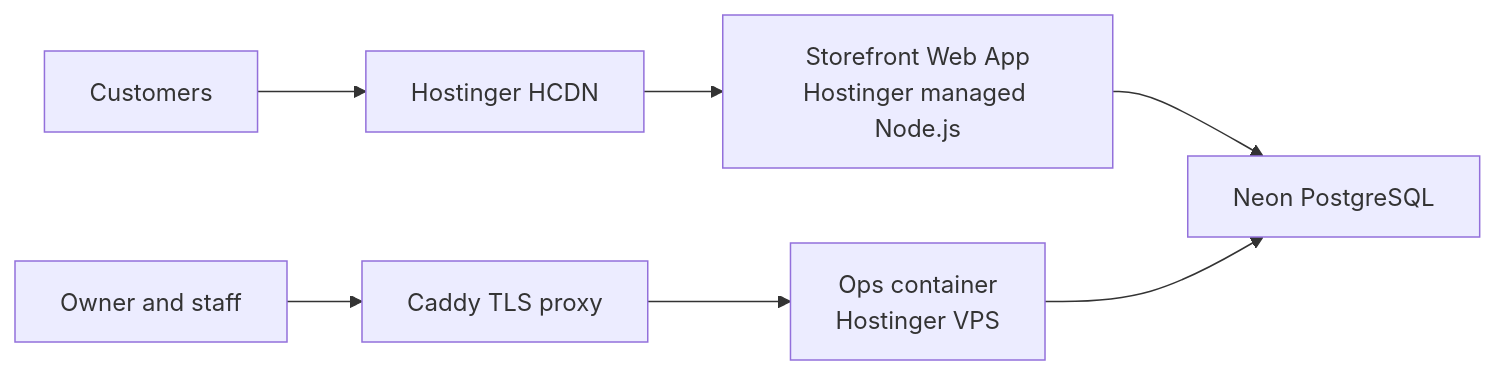
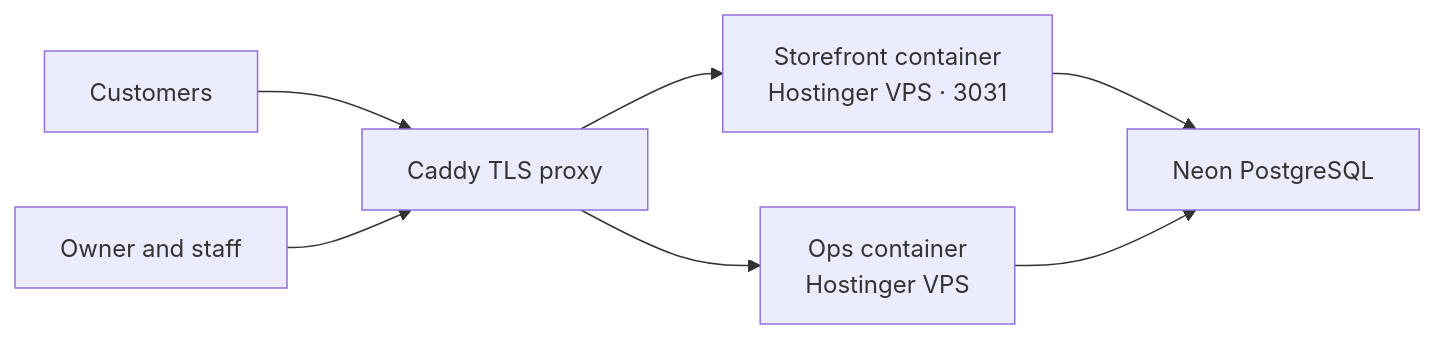
Before and after one commit to MohsinMMK/perfume-aura: the diagram in README.md, drawn with Mermaid. The commit also changed other lines of this file and 4 other files, not shown here.

Commit message:
docs: describe live VPS storefront and remaining hosting cleanup (#125)

````diff
--- a/README.md
+++ b/README.md
@@ -16,9 +16,9 @@
 ```mermaid
 flowchart LR
-  customer["Customers"] --> hcdn["Hostinger HCDN"]
-  hcdn --> storefront["Storefront Web App<br/>Hostinger managed Node.js"]
+  customer["Customers"] --> caddy["Caddy TLS proxy"]
+  caddy --> storefront["Storefront container<br/>Hostinger VPS · 3031"]
   staff["Owner and staff"] --> caddy["Caddy TLS proxy"]
   caddy --> ops["Ops container<br/>Hostinger VPS"]
   storefront --> neon["Neon PostgreSQL"]
   ops --> neon
 ```
````
